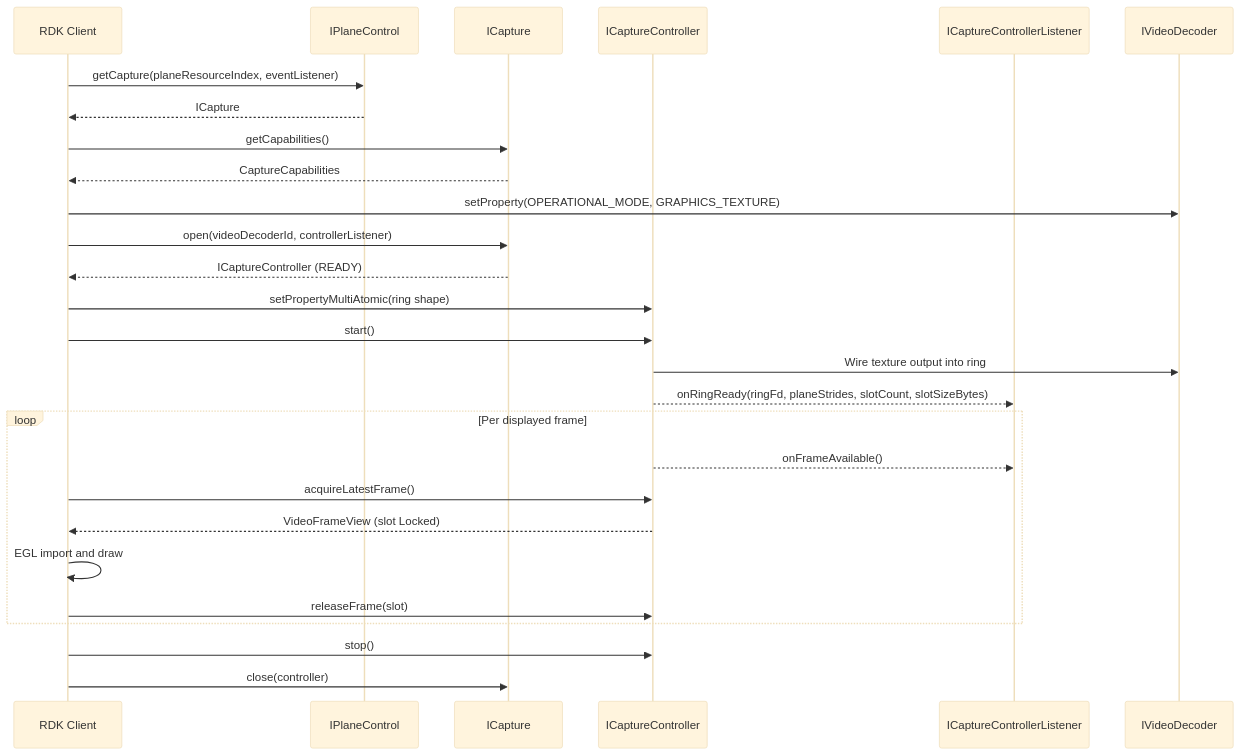
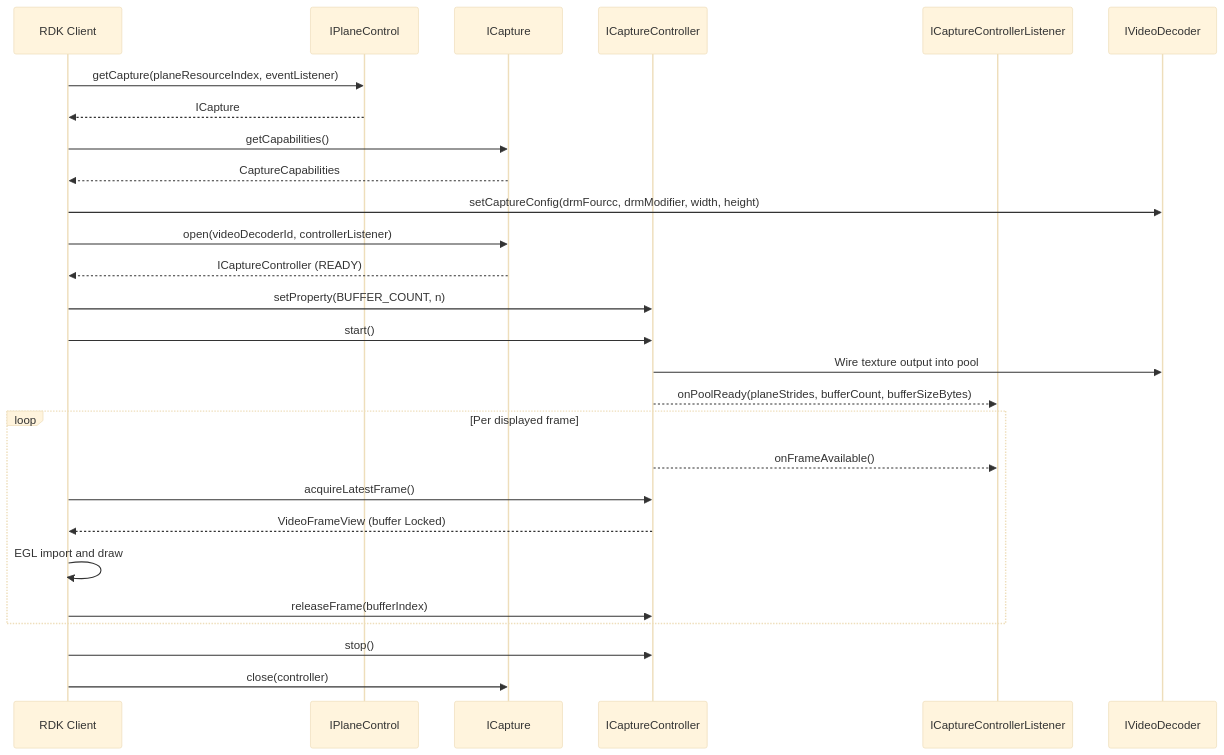
The fourth of 4 diagrams in planecontrol/current/docs/plane_control.md (rdkcentral/rdk-halif-aidl), drawn with Mermaid (base theme) before and after one commit. The commit also changed other lines of this file and 21 other files, not shown here.

````diff
--- a/planecontrol/current/docs/plane_control.md
+++ b/planecontrol/current/docs/plane_control.md
@@ -410,36 +425,36 @@
 ```mermaid
 sequenceDiagram
     participant Client as RDK Client
     participant PC as IPlaneControl
     participant Capture as ICapture
     participant Controller as ICaptureController
     participant Listener as ICaptureControllerListener
     participant Decoder as IVideoDecoder
 
     Client->>PC: getCapture(planeResourceIndex, eventListener)
     PC-->>Client: ICapture
 
     Client->>Capture: getCapabilities()
     Capture-->>Client: CaptureCapabilities
 
-    Client->>Decoder: setProperty(OPERATIONAL_MODE, GRAPHICS_TEXTURE)
+    Client->>Decoder: setCaptureConfig(drmFourcc, drmModifier, width, height)
 
     Client->>Capture: open(videoDecoderId, controllerListener)
     Capture-->>Client: ICaptureController (READY)
 
-    Client->>Controller: setPropertyMultiAtomic(ring shape)
+    Client->>Controller: setProperty(BUFFER_COUNT, n)
     Client->>Controller: start()
-    Controller->>Decoder: Wire texture output into ring
-    Controller-->>Listener: onRingReady(ringFd, planeStrides, slotCount, slotSizeBytes)
+    Controller->>Decoder: Wire texture output into pool
+    Controller-->>Listener: onPoolReady(planeStrides, bufferCount, bufferSizeBytes)
 
     loop Per displayed frame
         Controller-->>Listener: onFrameAvailable()
         Client->>Controller: acquireLatestFrame()
-        Controller-->>Client: VideoFrameView (slot Locked)
+        Controller-->>Client: VideoFrameView (buffer Locked)
         Client->>Client: EGL import and draw
-        Client->>Controller: releaseFrame(slot)
+        Client->>Controller: releaseFrame(bufferIndex)
     end
 
     Client->>Controller: stop()
     Client->>Capture: close(controller)
 ```
````
